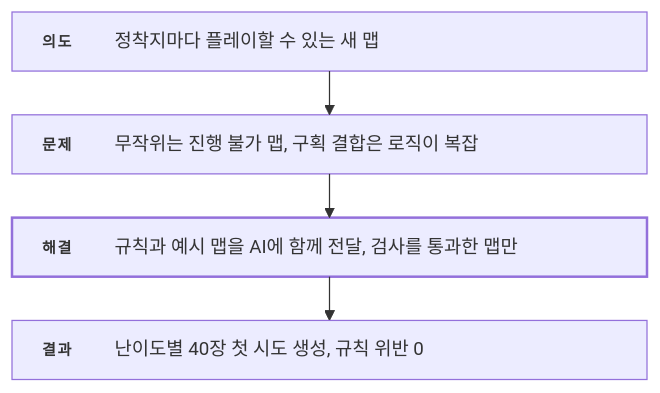
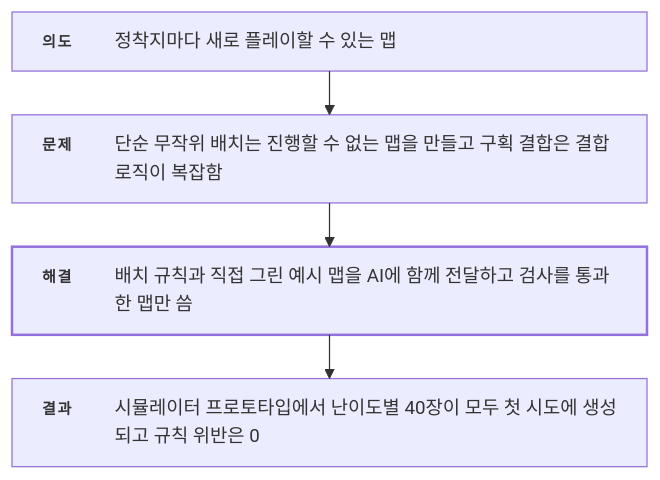
The fifth of 12 diagrams in src/3-desert-settlement/기술문서.md (ashadeveloperr/ashadeveloperr.github.io), drawn with Mermaid before and after one commit. The commit also changed other lines of this file and 6 other files, not shown here.

````diff
--- a/src/3-desert-settlement/기술문서.md
+++ b/src/3-desert-settlement/기술문서.md
@@ -211,18 +246,18 @@
 ```mermaid
 ---
 config:
   layout: elk
   flowchart:
     wrappingWidth: 520
     padding: 12
 ---
 flowchart TB
   %% feature-flow — _local/flow-diagrams.py가 만듦
-  I["<div style='width:460px;display:flex;gap:14px;align-items:baseline;text-align:left;white-space:normal'><span style='flex:0 0 44px;padding-top:2px;font-size:12px;font-weight:700;letter-spacing:.12em;color:var(--accent-ink)'>의도</span><span style='flex:1;font-size:15px;line-height:1.55;color:var(--ink)'>정착지마다 플레이할 수 있는 새 맵</span></div>"]
-  P["<div style='width:460px;display:flex;gap:14px;align-items:baseline;text-align:left;white-space:normal'><span style='flex:0 0 44px;padding-top:2px;font-size:12px;font-weight:700;letter-spacing:.12em;color:var(--accent-ink)'>문제</span><span style='flex:1;font-size:15px;line-height:1.55;color:var(--ink)'>무작위는 진행 불가 맵, 구획 결합은 로직이 복잡</span></div>"]
-  S["<div style='width:460px;display:flex;gap:14px;align-items:baseline;text-align:left;white-space:normal'><span style='flex:0 0 44px;padding-top:2px;font-size:12px;font-weight:700;letter-spacing:.12em;color:var(--accent-ink)'>해결</span><span style='flex:1;font-size:15px;line-height:1.55;color:var(--ink)'>규칙과 예시 맵을 AI에 함께 전달, 검사를 통과한 맵만</span></div>"]
-  R["<div style='width:460px;display:flex;gap:14px;align-items:baseline;text-align:left;white-space:normal'><span style='flex:0 0 44px;padding-top:2px;font-size:12px;font-weight:700;letter-spacing:.12em;color:var(--accent-ink)'>결과</span><span style='flex:1;font-size:15px;line-height:1.55;color:var(--ink)'>난이도별 40장 첫 시도 생성, 규칙 위반 0</span></div>"]
+  I["<div style='width:460px;display:flex;gap:14px;align-items:baseline;text-align:left;white-space:normal'><span style='flex:0 0 44px;padding-top:2px;font-size:12px;font-weight:700;letter-spacing:.12em;color:var(--accent-ink)'>의도</span><span style='flex:1;font-size:15px;line-height:1.55;color:var(--ink)'>정착지마다 새로 플레이할 수 있는 맵</span></div>"]
+  P["<div style='width:460px;display:flex;gap:14px;align-items:baseline;text-align:left;white-space:normal'><span style='flex:0 0 44px;padding-top:2px;font-size:12px;font-weight:700;letter-spacing:.12em;color:var(--accent-ink)'>문제</span><span style='flex:1;font-size:15px;line-height:1.55;color:var(--ink)'>단순 무작위 배치는 진행할 수 없는 맵을 만들고 구획 결합은 결합 로직이 복잡함</span></div>"]
+  S["<div style='width:460px;display:flex;gap:14px;align-items:baseline;text-align:left;white-space:normal'><span style='flex:0 0 44px;padding-top:2px;font-size:12px;font-weight:700;letter-spacing:.12em;color:var(--accent-ink)'>해결</span><span style='flex:1;font-size:15px;line-height:1.55;color:var(--ink)'>배치 규칙과 직접 그린 예시 맵을 AI에 함께 전달하고 검사를 통과한 맵만 씀</span></div>"]
+  R["<div style='width:460px;display:flex;gap:14px;align-items:baseline;text-align:left;white-space:normal'><span style='flex:0 0 44px;padding-top:2px;font-size:12px;font-weight:700;letter-spacing:.12em;color:var(--accent-ink)'>결과</span><span style='flex:1;font-size:15px;line-height:1.55;color:var(--ink)'>시뮬레이터 프로토타입에서 난이도별 40장이 모두 첫 시도에 생성되고 규칙 위반은 0</span></div>"]
   I --> P --> S --> R
   classDef key stroke-width:2px
   class S key
 ```
````
